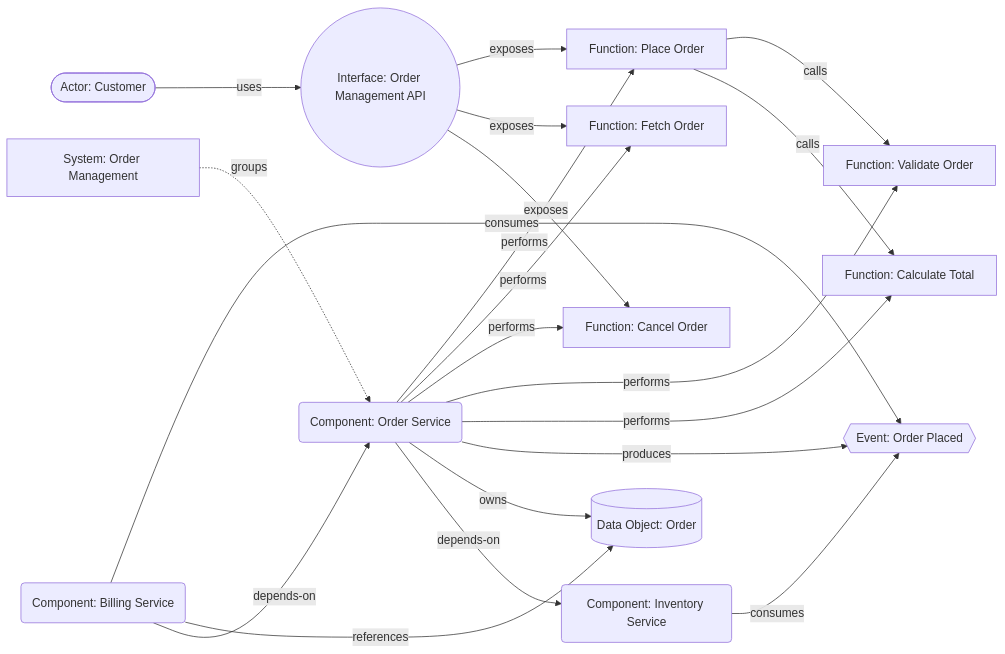
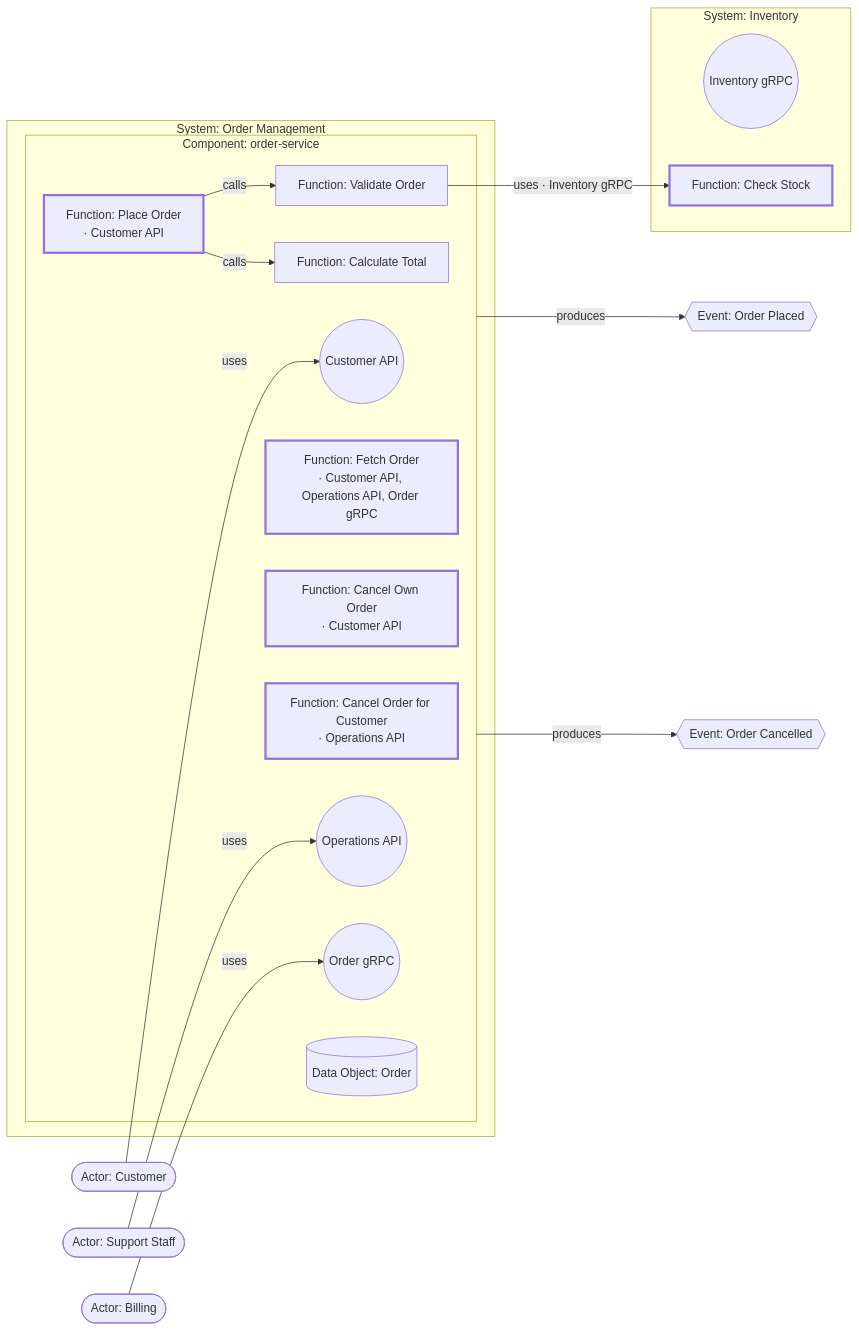
Before and after one commit to mykhailo-kulish/contour: the sixth of 7 diagrams in contour.md, drawn with Mermaid. The commit also changed other lines of this file and 20 other files, not shown here.

````diff
--- a/contour.md
+++ b/contour.md
@@ -621,22 +1178,37 @@
 ```mermaid
 graph LR
-    Customer([Actor: Customer]) -->|uses| API(("Interface: Order Management API"))
-    API -->|exposes| PlaceOrder[Function: Place Order]
-    API -->|exposes| FetchOrder[Function: Fetch Order]
-    API -->|exposes| CancelOrder[Function: Cancel Order]
-    OrderMgmt[System: Order Management] -.->|groups| OrderSvc
-    OrderSvc(Component: Order Service) -->|performs| PlaceOrder
-    OrderSvc -->|performs| FetchOrder
-    OrderSvc -->|performs| CancelOrder
-    OrderSvc -->|performs| ValidateOrder[Function: Validate Order]
-    OrderSvc -->|performs| CalcTotal[Function: Calculate Total]
+    Customer([Actor: Customer])
+    Staff([Actor: Support Staff])
+    Billing([Actor: Billing])
+
+    subgraph OM [System: Order Management]
+        subgraph OrderSvc [Component: order-service]
+            CustAPI(("Customer API"))
+            OpsAPI(("Operations API"))
+            GrpcAPI(("Order gRPC"))
+            PlaceOrder["Function: Place Order<br/>· Customer API"]:::ext
+            FetchOrder["Function: Fetch Order<br/>· Customer API, Operations API, Order gRPC"]:::ext
+            CancelOwn["Function: Cancel Own Order<br/>· Customer API"]:::ext
+            CancelFor["Function: Cancel Order for Customer<br/>· Operations API"]:::ext
+            ValidateOrder[Function: Validate Order]
+            CalcTotal[Function: Calculate Total]
+            OrderData[(Data Object: Order)]
+        end
+    end
+
+    subgraph Inventory [System: Inventory]
+        InvGrpc(("Inventory gRPC"))
+        CheckStock["Function: Check Stock"]:::ext
+    end
+
+    Customer -->|uses| CustAPI
+    Staff -->|uses| OpsAPI
+    Billing -->|uses| GrpcAPI
     PlaceOrder -->|calls| ValidateOrder
     PlaceOrder -->|calls| CalcTotal
+    ValidateOrder -->|uses · Inventory gRPC| CheckStock
     OrderSvc -->|produces| OrderPlaced{{Event: Order Placed}}
-    OrderSvc -->|owns| OrderData[(Data Object: Order)]
-    Billing(Component: Billing Service) -->|consumes| OrderPlaced
-    Inventory(Component: Inventory Service) -->|consumes| OrderPlaced
-    Billing -->|references| OrderData
-    Billing -->|depends-on| OrderSvc
-    OrderSvc -->|depends-on| Inventory
+    OrderSvc -->|produces| OrderCancelled{{Event: Order Cancelled}}
+
+    classDef ext stroke-width:3px
 ```
````
